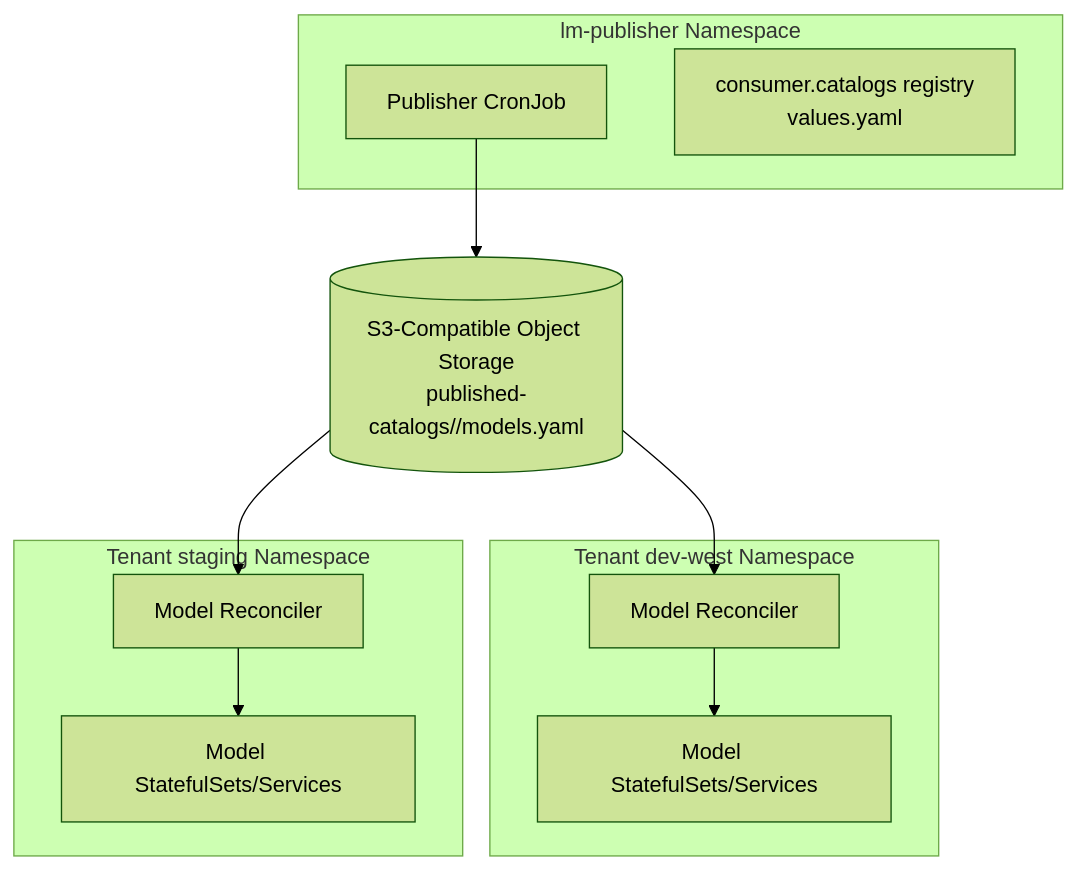
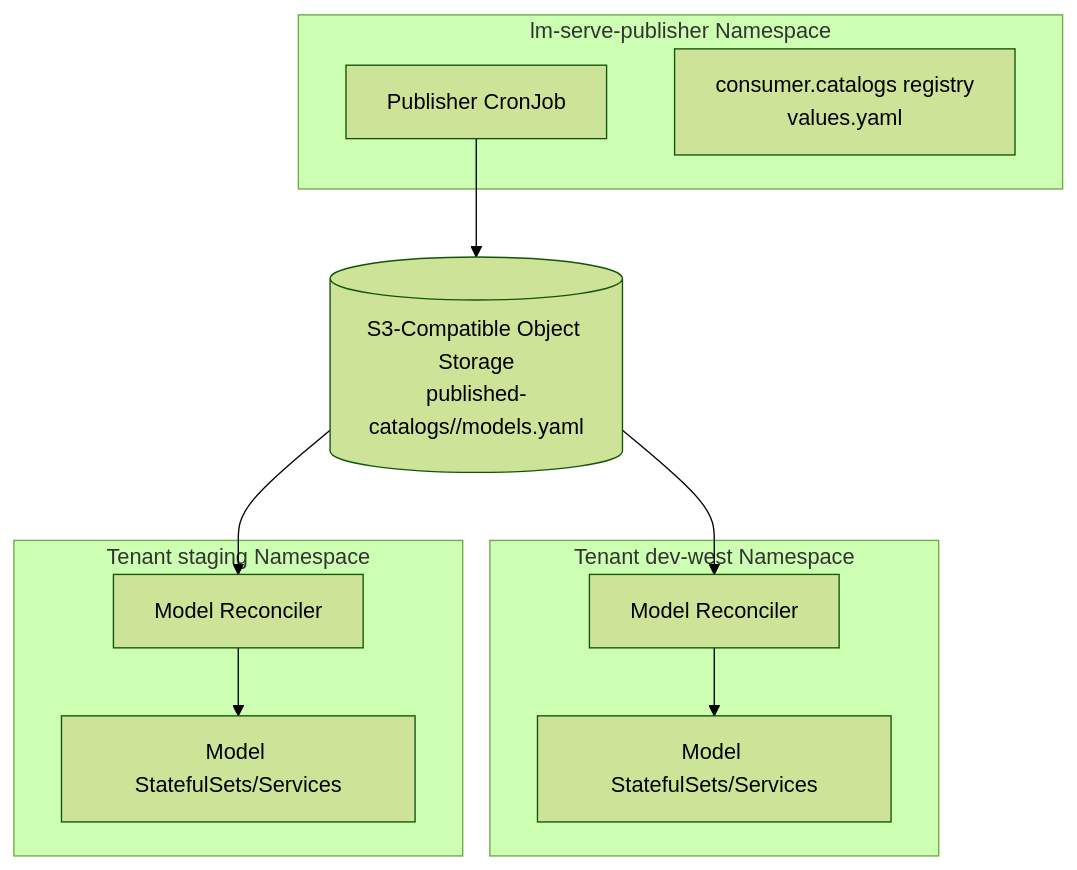
Before and after one commit to prasadnadig/next-word: the first of 2 diagrams in lm-serve/README.multiple-tenants.md, drawn with Mermaid (forest theme). The commit also changed other lines of this file and 105 other files, not shown here.

````diff
--- a/lm-serve/README.multiple-tenants.md
+++ b/lm-serve/README.multiple-tenants.md
@@ -46,23 +46,23 @@
 ```mermaid
 flowchart TB
-  subgraph Publisher[lm-publisher Namespace]
+  subgraph Publisher[lm-serve-publisher Namespace]
     PV[Publisher CronJob]
     REG[consumer.catalogs registry\nvalues.yaml]
   end
 
   OBJ[(S3-Compatible Object Storage\npublished-catalogs/<tenant>/models.yaml)]
 
   subgraph T1[Tenant dev-west Namespace]
     R1[Model Reconciler]
     M1[Model StatefulSets/Services]
   end
 
   subgraph T2[Tenant staging Namespace]
     R2[Model Reconciler]
     M2[Model StatefulSets/Services]
   end
 
   PV --> OBJ
   OBJ --> R1 --> M1
   OBJ --> R2 --> M2
 ```
````
